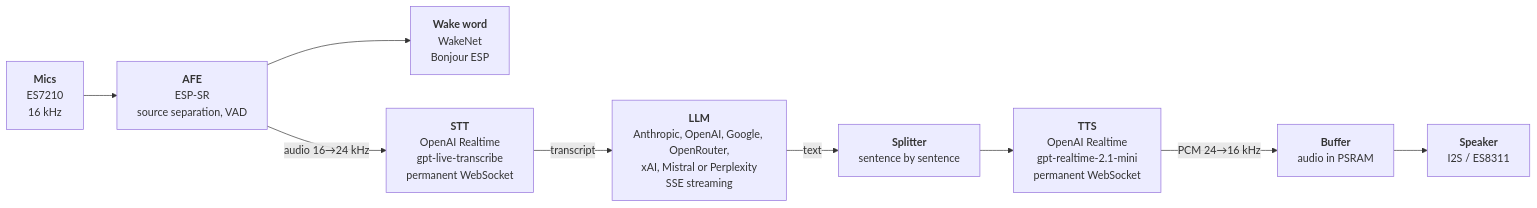
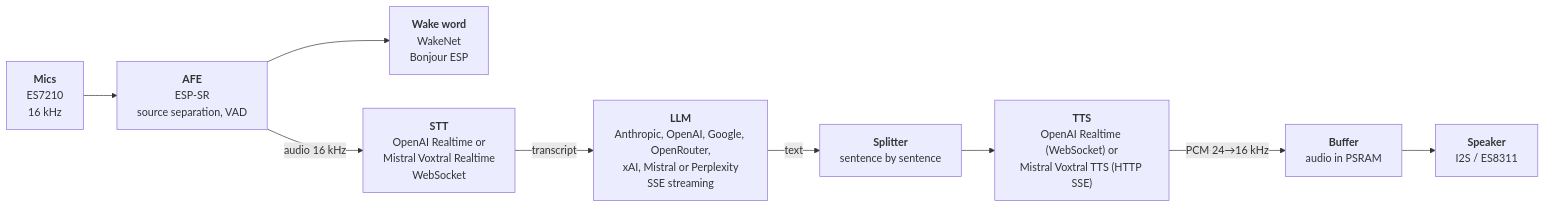
One commit to vletroye/ESP32-S3-Voice-Assistant changed the diagram in README.md. Above: the diagram before and after it, drawn with Mermaid. The commit also changed other lines of this file and 32 other files, not shown here.

First line of the commit message:
Speech providers: choose the transcription and speech models by voice, Mistral Voxtral STT and TTS

````diff
--- a/README.md
+++ b/README.md
@@ -168,11 +168,11 @@
 ```mermaid
 flowchart LR
     MIC["<b>Mics</b><br/>ES7210<br/>16 kHz"] --> AFE["<b>AFE</b><br/>ESP-SR<br/>source separation, VAD"]
     AFE --> WN["<b>Wake word</b><br/>WakeNet<br/>Bonjour ESP"]
-    AFE -->|audio 16→24 kHz| STT["<b>STT</b><br/>OpenAI Realtime<br/>gpt-live-transcribe<br/>permanent WebSocket"]
+    AFE -->|audio 16 kHz| STT["<b>STT</b><br/>OpenAI Realtime or<br/>Mistral Voxtral Realtime<br/>WebSocket"]
     STT -->|transcript| LLM["<b>LLM</b><br/>Anthropic, OpenAI, Google, OpenRouter,<br/>xAI, Mistral or Perplexity<br/>SSE streaming"]
     LLM -->|text| SPL["<b>Splitter</b><br/>sentence by sentence"]
-    SPL --> TTS["<b>TTS</b><br/>OpenAI Realtime<br/>gpt-realtime-2.1-mini<br/>permanent WebSocket"]
+    SPL --> TTS["<b>TTS</b><br/>OpenAI Realtime (WebSocket) or<br/>Mistral Voxtral TTS (HTTP SSE)"]
     TTS -->|PCM 24→16 kHz| BUF["<b>Buffer</b><br/>audio in PSRAM"]
     BUF --> SPK["<b>Speaker</b><br/>I2S / ES8311"]
 ```
````
